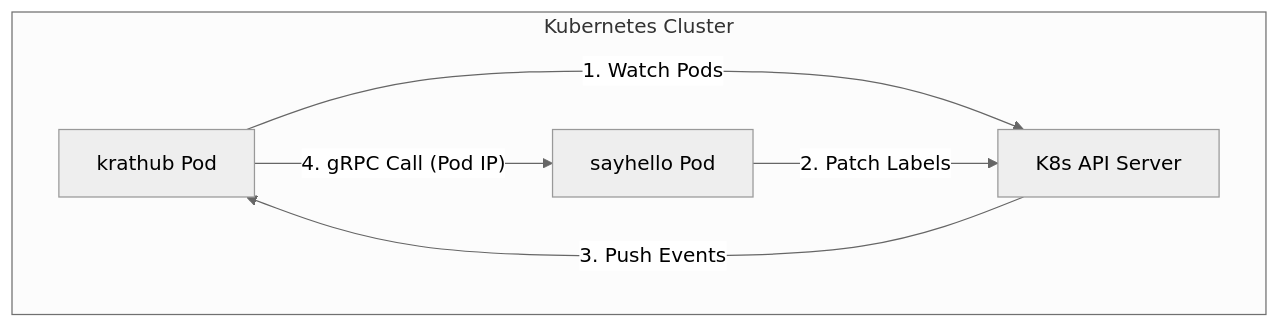
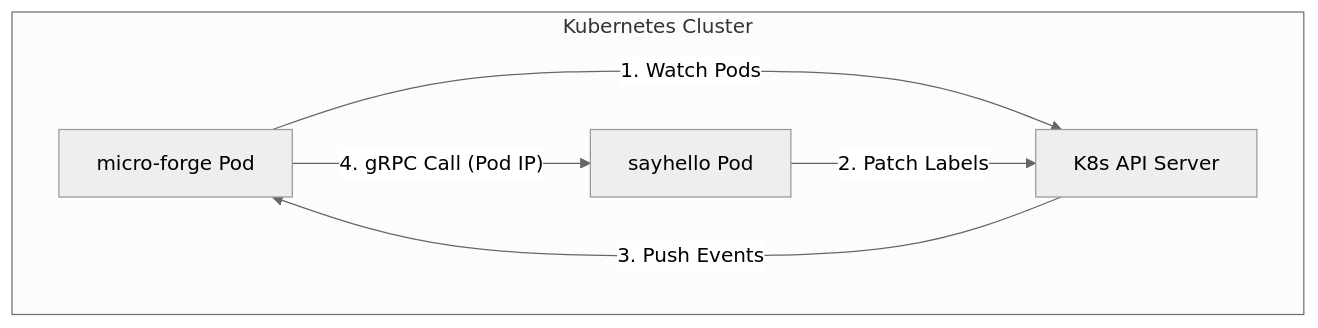
Before and after one commit to HoronLee/krathub: the diagram in docs/knowledge/k8s-service-governance.md, drawn with Mermaid (neutral theme). The commit also changed 242 other files, not shown here.

````diff
--- a/docs/knowledge/k8s-service-governance.md
+++ b/docs/knowledge/k8s-service-governance.md
@@ -9,9 +9,9 @@
 ```mermaid
 graph TD
     subgraph Kubernetes Cluster
-        A[krathub Pod] -- 1. Watch Pods --> KAPI[K8s API Server]
+        A[micro-forge Pod] -- 1. Watch Pods --> KAPI[K8s API Server]
         B[sayhello Pod] -- 2. Patch Labels --> KAPI
         KAPI -- 3. Push Events --> A
         A -- 4. gRPC Call (Pod IP) --> B
     end
 ```
````
